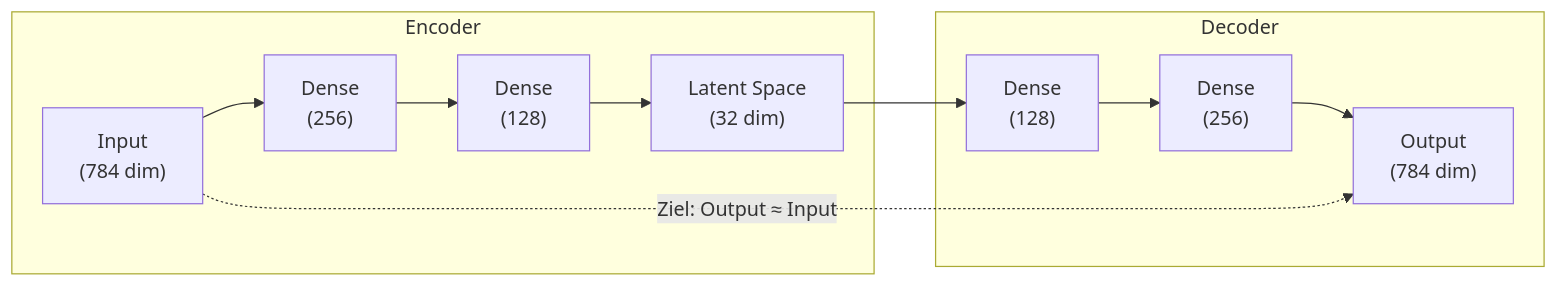
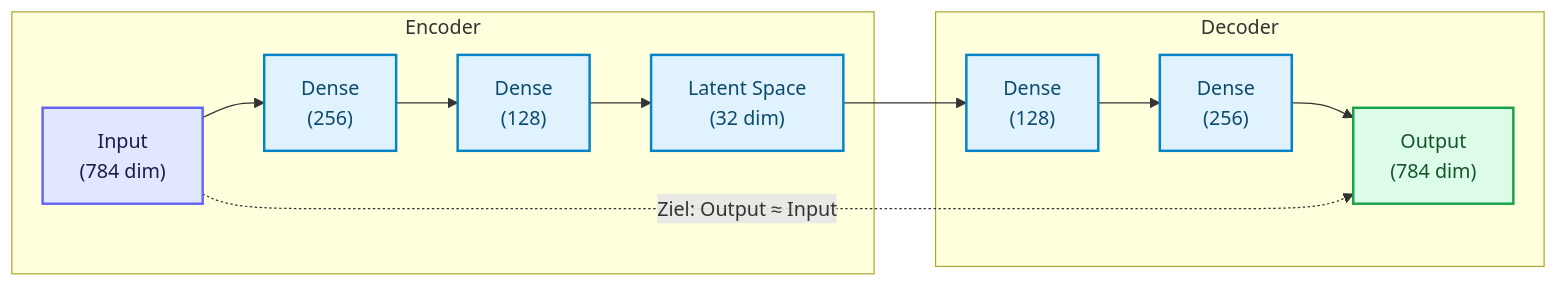
One commit to ralf-42/ML_Intro changed diagram 11 of 12 in docs/concepts/modeling/spezielle-neuronale-netze.md. Above: the diagram before and after it, drawn with Mermaid. The commit also changed other lines of this file and 49 other files, not shown here.

````diff
--- a/docs/concepts/modeling/spezielle-neuronale-netze.md
+++ b/docs/concepts/modeling/spezielle-neuronale-netze.md
@@ -532,20 +587,27 @@
 ```mermaid
 flowchart LR
     subgraph Encoder["Encoder"]
         I["Input<br/>(784 dim)"]
         E1["Dense<br/>(256)"]
         E2["Dense<br/>(128)"]
         L["Latent Space<br/>(32 dim)"]
     end
     
     subgraph Decoder["Decoder"]
         D1["Dense<br/>(128)"]
         D2["Dense<br/>(256)"]
         O["Output<br/>(784 dim)"]
     end
     
     I --> E1 --> E2 --> L
     L --> D1 --> D2 --> O
     
     I -.-> |"Ziel: Output ≈ Input"| O
+
+    classDef default fill:#e0f2fe,stroke:#0284c7,stroke-width:2px,color:#0c4a6e;
+    classDef input fill:#e0e7ff,stroke:#6366f1,stroke-width:2px,color:#1e1b4b;
+    classDef output fill:#dcfce7,stroke:#16a34a,stroke-width:2px,color:#14532d;
+
+    class I input;
+    class O output;
 ```
````
